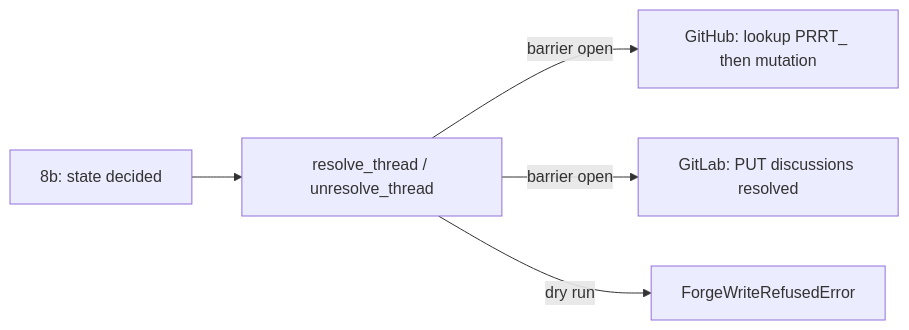
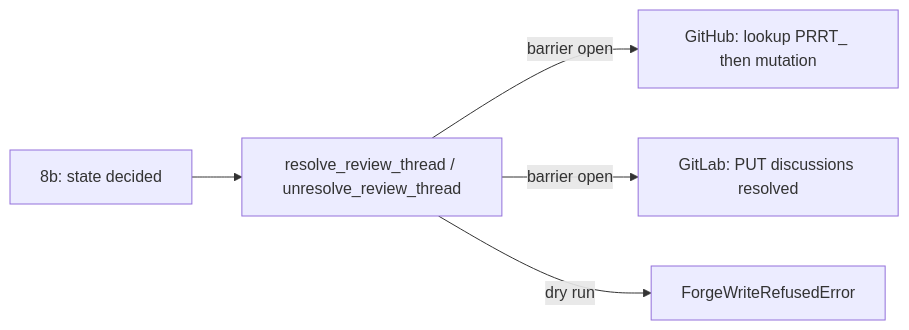
Before and after one commit to repoachhq/repoach: the diagram in docs/specs/2026-11-17_SP-FORGE-RESOLVES-THREADS_the-forge-resolves-and-unresolves-a-review-thread-behind-the-write-barrier.md, drawn with Mermaid. The commit also changed other lines of this file and 3 other files, not shown here.

````diff
--- a/docs/specs/2026-11-17_SP-FORGE-RESOLVES-THREADS_the-forge-resolves-and-unresolves-a-review-thread-behind-the-write-barrier.md
+++ b/docs/specs/2026-11-17_SP-FORGE-RESOLVES-THREADS_the-forge-resolves-and-unresolves-a-review-thread-behind-the-write-barrier.md
@@ -193,7 +219,7 @@
 ```mermaid
 flowchart LR
-    B[8b: state decided] --> R[resolve_thread / unresolve_thread]
+    B[8b: state decided] --> R[resolve_review_thread / unresolve_review_thread]
     R -->|barrier open| G[GitHub: lookup PRRT_ then mutation]
     R -->|barrier open| L[GitLab: PUT discussions resolved]
     R -->|dry run| X[ForgeWriteRefusedError]
 ```
````
